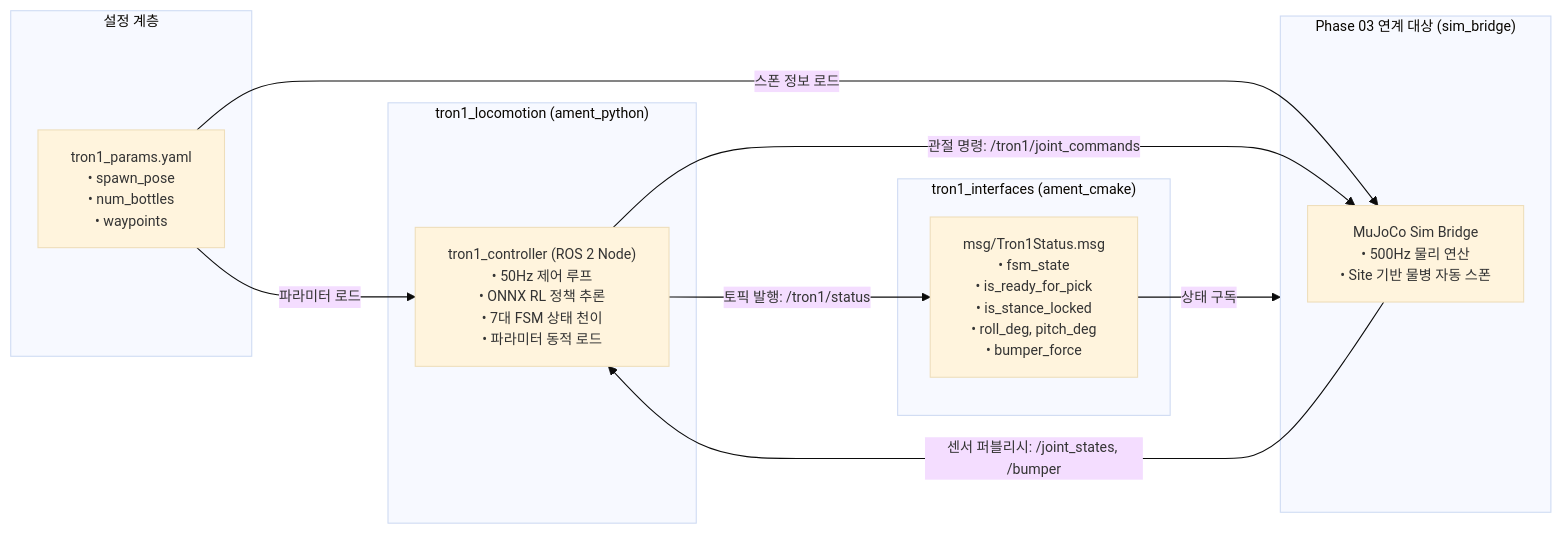
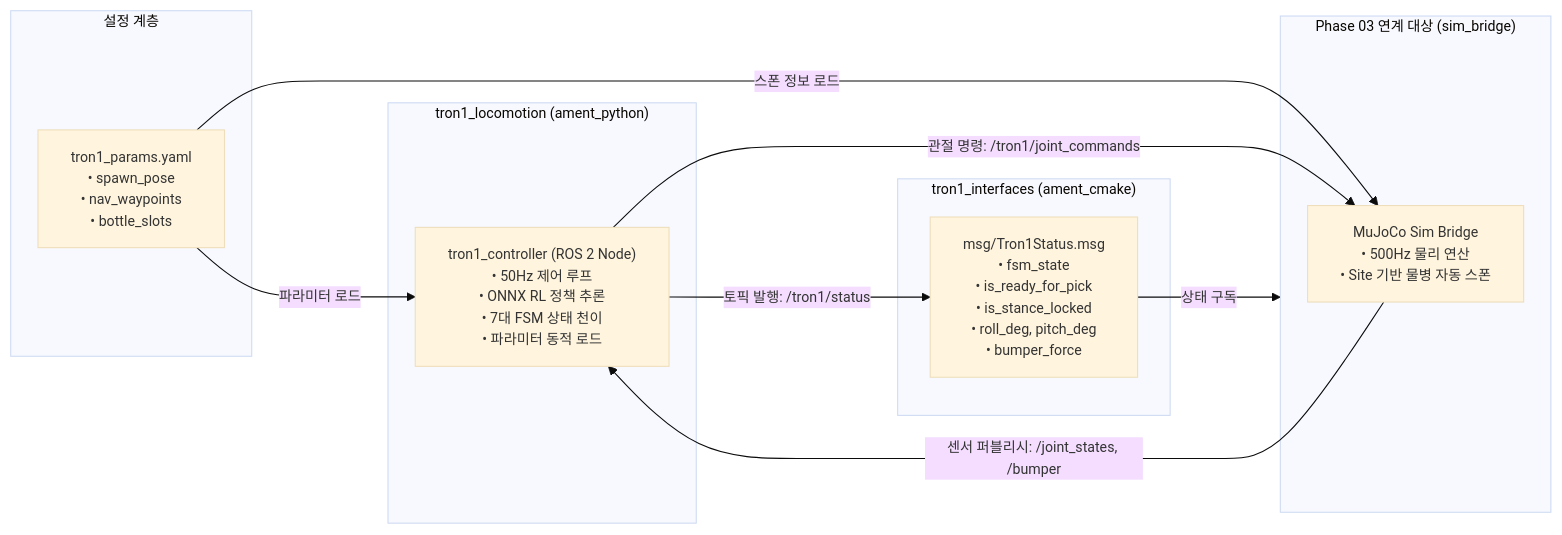
The first of 2 diagrams in documents/development_roadmap/rm_phase02_tron1_ros2_controller.md (Centaucyan/Proj_Transferring_bottle_from_tron1_to_ur5e_in_mujoco_env), drawn with Mermaid before and after one commit. The commit also changed other lines of this file and 15 other files, not shown here.

````diff
--- a/documents/development_roadmap/rm_phase02_tron1_ros2_controller.md
+++ b/documents/development_roadmap/rm_phase02_tron1_ros2_controller.md
@@ -57,26 +65,26 @@
 ```mermaid
 %%{init: {'theme': 'base', 'themeVariables': { 'fontSize': '13px' }}}%%
 flowchart LR
     subgraph Config ["설정 계층"]
-        YAML["tron1_params.yaml<br/>• spawn_pose<br/>• num_bottles<br/>• waypoints"]
+        YAML["tron1_params.yaml<br/>• spawn_pose<br/>• nav_waypoints<br/>• bottle_slots"]
     end
 
     subgraph PkgInterfaces ["tron1_interfaces (ament_cmake)"]
         MSG["msg/Tron1Status.msg<br/>• fsm_state<br/>• is_ready_for_pick<br/>• is_stance_locked<br/>• roll_deg, pitch_deg<br/>• bumper_force"]
     end
 
     subgraph PkgLocomotion ["tron1_locomotion (ament_python)"]
         NodeCtrl["tron1_controller (ROS 2 Node)<br/>• 50Hz 제어 루프<br/>• ONNX RL 정책 추론<br/>• 7대 FSM 상태 천이<br/>• 파라미터 동적 로드"]
     end
 
     subgraph Bridge ["Phase 03 연계 대상 (sim_bridge)"]
         Sim["MuJoCo Sim Bridge<br/>• 500Hz 물리 연산<br/>• Site 기반 물병 자동 스폰"]
     end
 
     YAML -->|파라미터 로드| NodeCtrl
     YAML -->|스폰 정보 로드| Sim
     NodeCtrl -->|토픽 발행: /tron1/status| MSG
     MSG -->|상태 구독| Bridge
     Sim -->|센서 퍼블리시: /joint_states, /bumper| NodeCtrl
     NodeCtrl -->|관절 명령: /tron1/joint_commands| Sim
 ```
````
